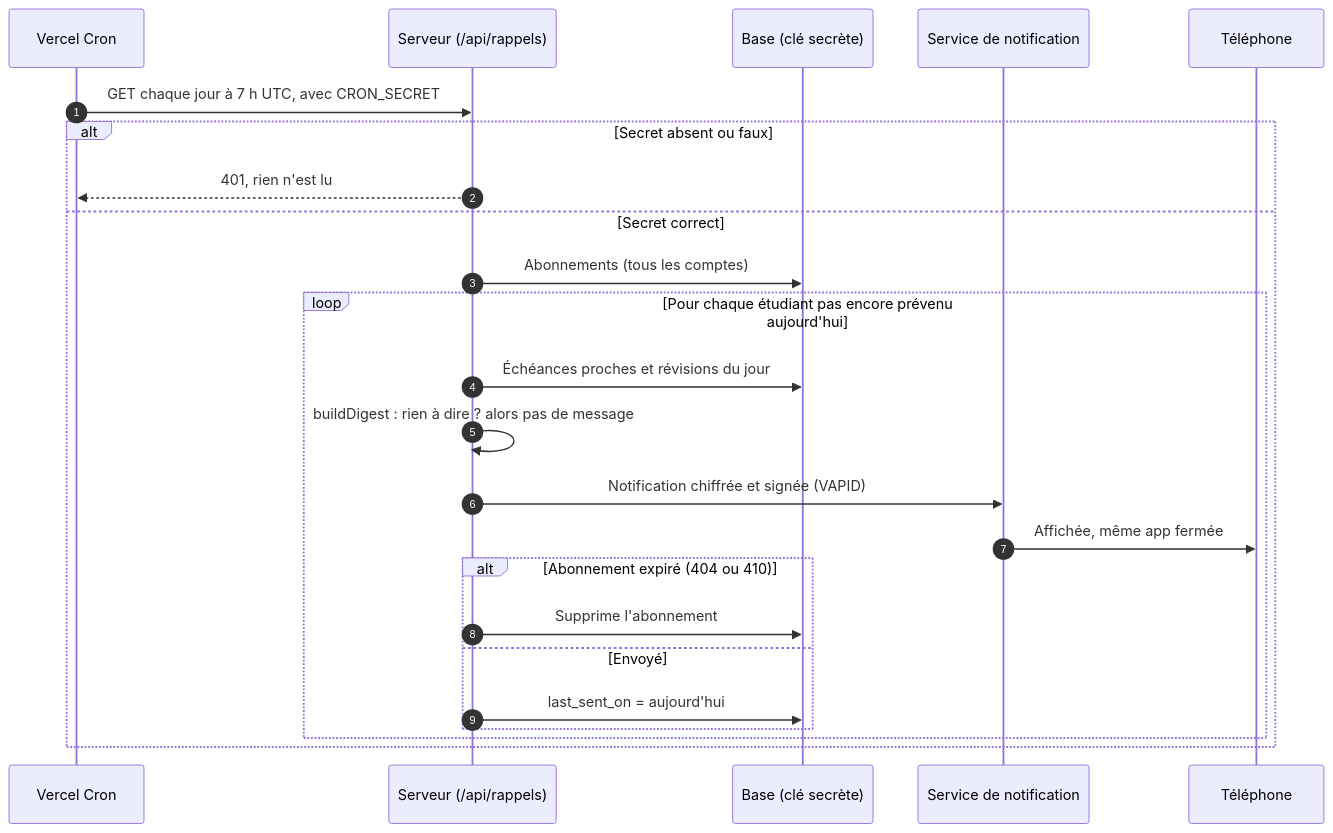
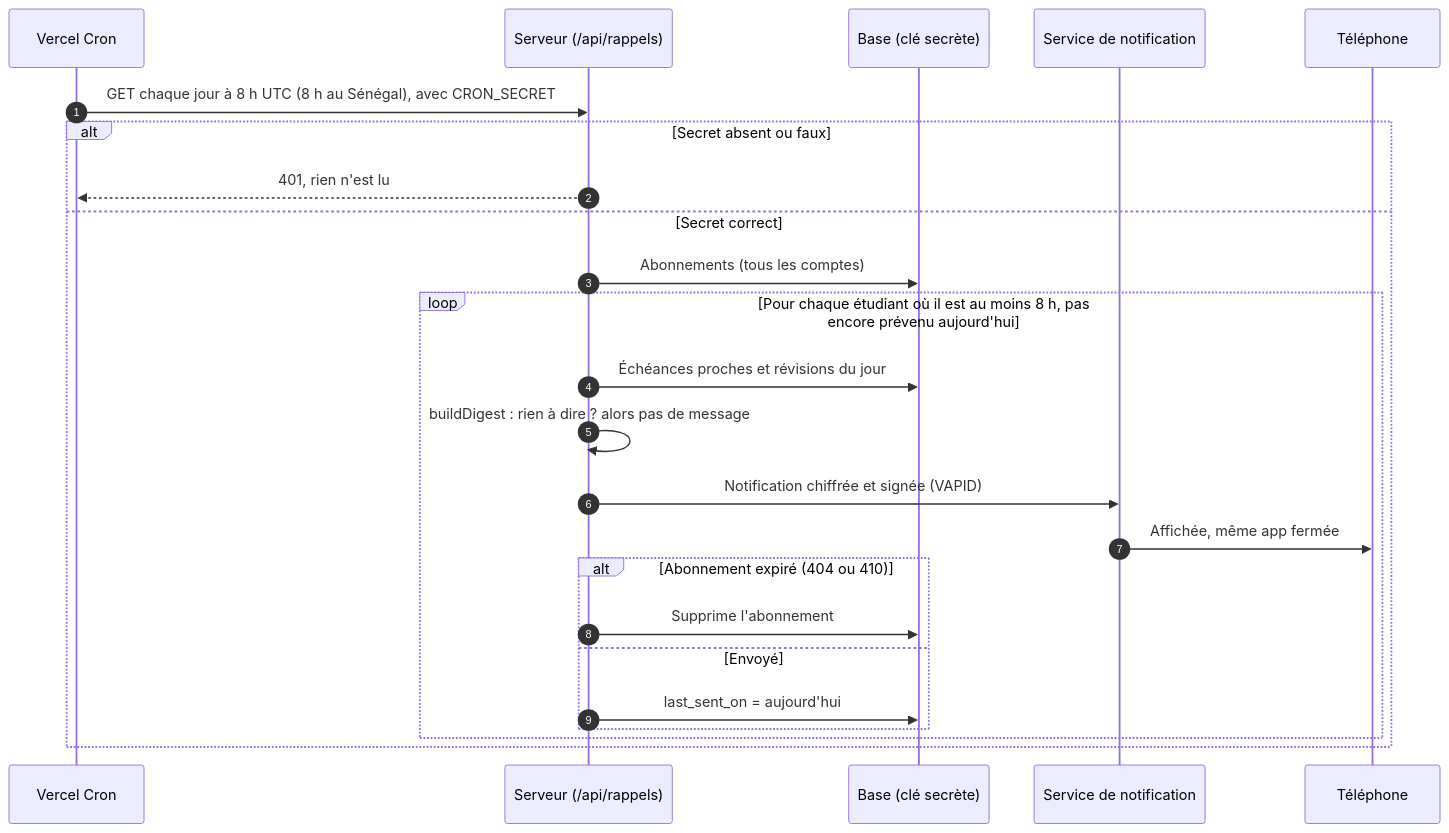
Before and after one commit to sllmb/campusflow: the third of 4 diagrams in docs/sequences.md, drawn with Mermaid. The commit also changed 10 other files, not shown here.

First line of the commit message:
Rappels à 8 h au Sénégal, prêts pour d'autres fuseaux

````diff
--- a/docs/sequences.md
+++ b/docs/sequences.md
@@ -86,27 +86,27 @@
 ```mermaid
 sequenceDiagram
     autonumber
     participant C as Vercel Cron
     participant S as Serveur (/api/rappels)
     participant B as Base (clé secrète)
     participant P as Service de notification
     participant T as Téléphone
 
-    C->>S: GET chaque jour à 7 h UTC, avec CRON_SECRET
+    C->>S: GET chaque jour à 8 h UTC (8 h au Sénégal), avec CRON_SECRET
     alt Secret absent ou faux
         S-->>C: 401, rien n'est lu
     else Secret correct
         S->>B: Abonnements (tous les comptes)
-        loop Pour chaque étudiant pas encore prévenu aujourd'hui
+        loop Pour chaque étudiant où il est au moins 8 h, pas encore prévenu aujourd'hui
             S->>B: Échéances proches et révisions du jour
             S->>S: buildDigest : rien à dire ? alors pas de message
             S->>P: Notification chiffrée et signée (VAPID)
             P->>T: Affichée, même app fermée
             alt Abonnement expiré (404 ou 410)
                 S->>B: Supprime l'abonnement
             else Envoyé
                 S->>B: last_sent_on = aujourd'hui
             end
         end
     end
 ```
````
